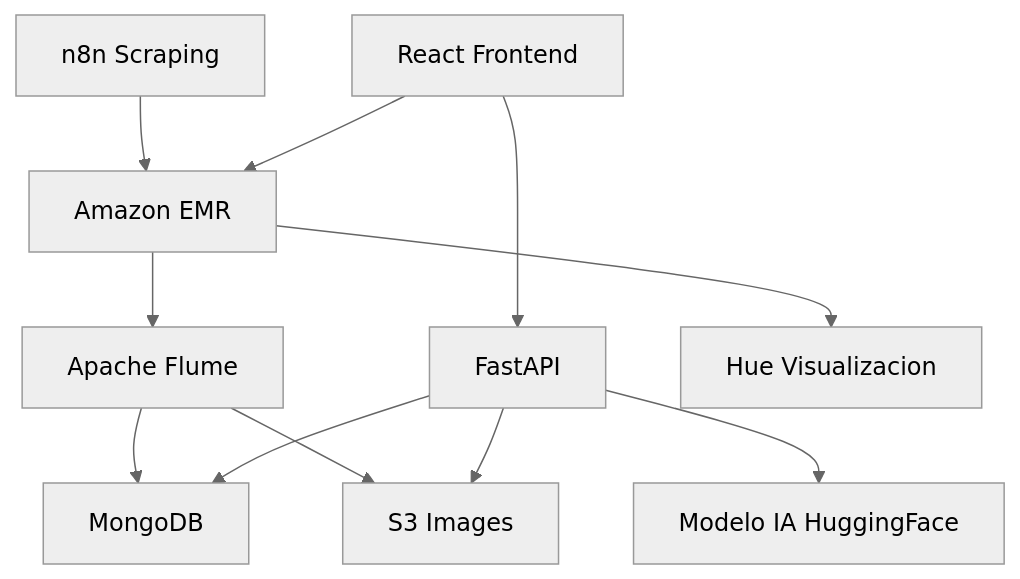
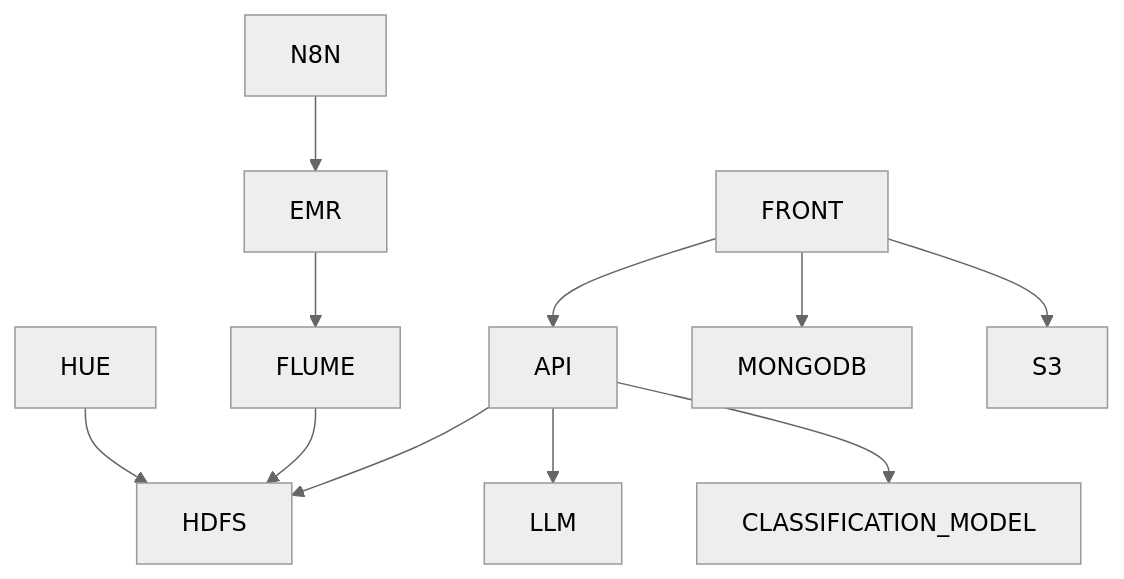
Before and after one commit to Gaia-IZV/Gaia: the diagram in README.md, drawn with Mermaid (neutral theme). The commit also changed other lines of this file and 1 other file, not shown here.

Commit message:
DOCS | Update architecture documentation and diagrams for Gaia system

````diff
--- a/README.md
+++ b/README.md
@@ -9,25 +9,16 @@
 ```mermaid
 graph TD;
 
-    N8N[n8n Scraping]
-    EMR[Amazon EMR]
-    FLUME[Apache Flume]
-    MONGO[MongoDB]
-    API[FastAPI]
-    MODEL[Modelo IA HuggingFace]
-    FRONT[React Frontend]
-    HUE[Hue Visualizacion]
-    S3[S3 Images]
-
     N8N --> EMR
     EMR --> FLUME
-    FLUME --> MONGO
-    FLUME --> S3
+    HUE --> HDFS
+    FLUME --> HDFS
 
-    API --> MONGO
-    API --> S3
-    API --> MODEL
+    API --> HDFS
+    API --> LLM
+    API --> CLASSIFICATION_MODEL
+
     FRONT --> API
-    EMR --> HUE
-    FRONT --> EMR
+    FRONT --> MONGODB
+    FRONT --> S3
 ```
````
